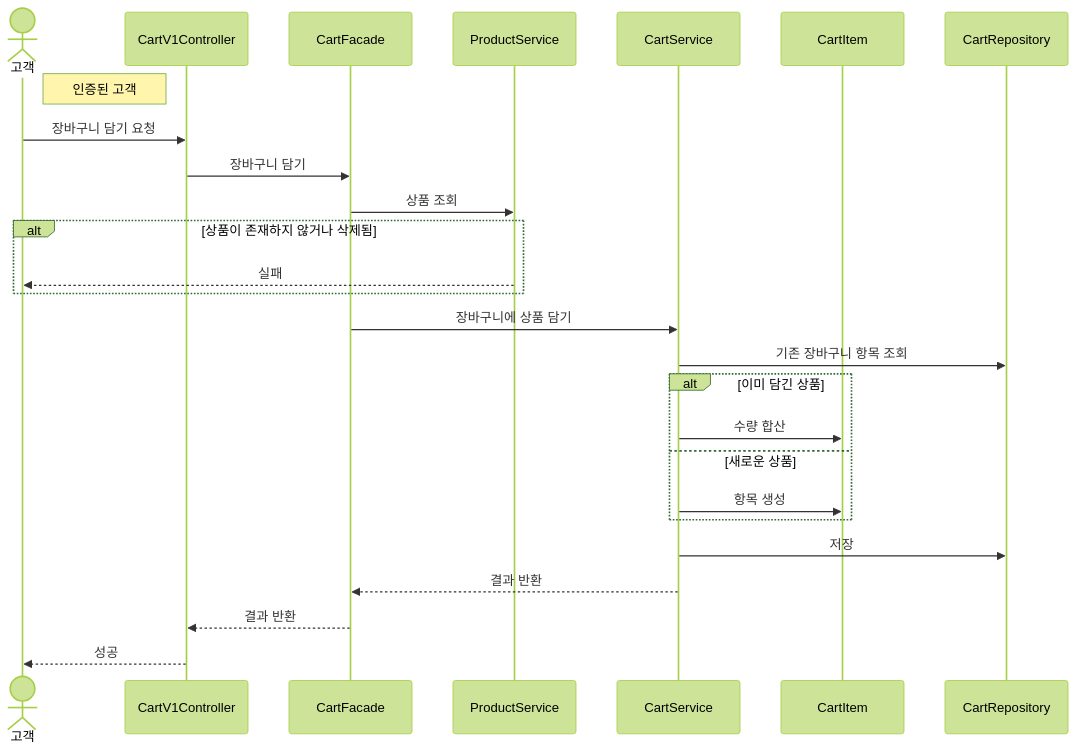
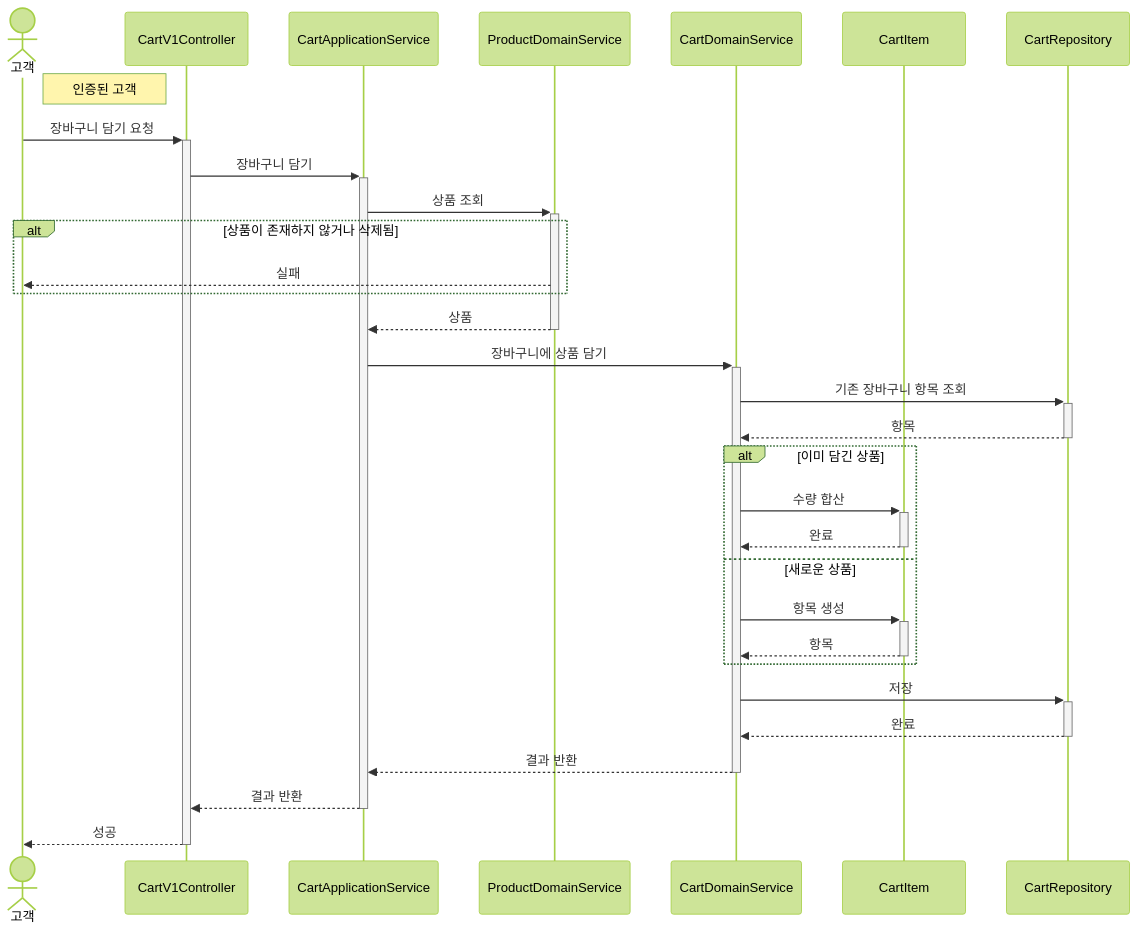
Before and after one commit to Loopers-dev-lab/loop-pack-be-l2-vol3-java: the second of 5 diagrams in .docs/02-sequence-diagrams.md, drawn with Mermaid (forest theme). The commit also changed other lines of this file and 79 other files, not shown here.

````diff
--- a/.docs/02-sequence-diagrams.md
+++ b/.docs/02-sequence-diagrams.md
@@ -58,33 +65,38 @@
 ```mermaid
 sequenceDiagram
     actor 고객
     participant CartV1Controller
-    participant CartFacade
-    participant ProductService
-    participant CartService
+    participant CartApplicationService
+    participant ProductDomainService
+    participant CartDomainService
     participant CartItem
     participant CartRepository
 
     Note right of 고객: 인증된 고객
 
-    고객->>CartV1Controller: 장바구니 담기 요청
-    CartV1Controller->>CartFacade: 장바구니 담기
+    고객->>+CartV1Controller: 장바구니 담기 요청
+    CartV1Controller->>+CartApplicationService: 장바구니 담기
 
-    CartFacade->>ProductService: 상품 조회
+    CartApplicationService->>+ProductDomainService: 상품 조회
     alt 상품이 존재하지 않거나 삭제됨
-        ProductService-->>고객: 실패
+        ProductDomainService-->>고객: 실패
     end
+    ProductDomainService-->>-CartApplicationService: 상품
 
-    CartFacade->>CartService: 장바구니에 상품 담기
-    CartService->>CartRepository: 기존 장바구니 항목 조회
+    CartApplicationService->>+CartDomainService: 장바구니에 상품 담기
+    CartDomainService->>+CartRepository: 기존 장바구니 항목 조회
+    CartRepository-->>-CartDomainService: 항목
     alt 이미 담긴 상품
-        CartService->>CartItem: 수량 합산
+        CartDomainService->>+CartItem: 수량 합산
+        CartItem-->>-CartDomainService: 완료
     else 새로운 상품
-        CartService->>CartItem: 항목 생성
+        CartDomainService->>+CartItem: 항목 생성
+        CartItem-->>-CartDomainService: 항목
     end
-    CartService->>CartRepository: 저장
+    CartDomainService->>+CartRepository: 저장
+    CartRepository-->>-CartDomainService: 완료
 
-    CartService-->>CartFacade: 결과 반환
-    CartFacade-->>CartV1Controller: 결과 반환
-    CartV1Controller-->>고객: 성공
+    CartDomainService-->>-CartApplicationService: 결과 반환
+    CartApplicationService-->>-CartV1Controller: 결과 반환
+    CartV1Controller-->>-고객: 성공
 ```
````
